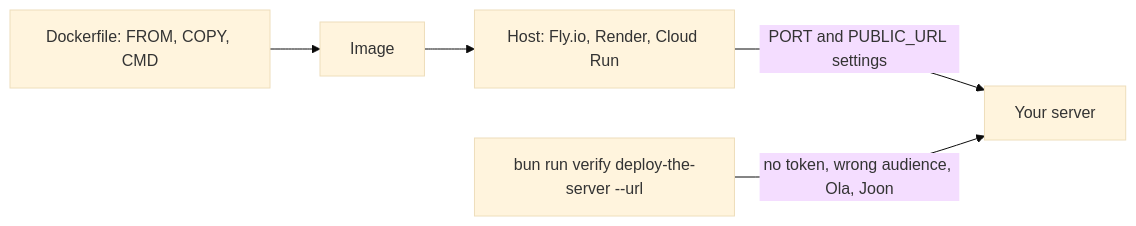
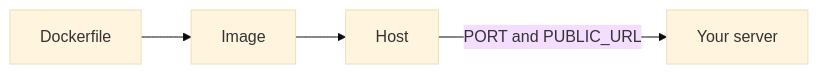
Before and after one commit to learnwithparam/mcp-workshop: the diagram in parts/04-defend-and-ship/03-deploy-the-server/problem/README.md, drawn with Mermaid (base theme). The commit also changed other lines of this file and 153 other files, not shown here.

````diff
--- a/parts/04-defend-and-ship/03-deploy-the-server/problem/README.md
+++ b/parts/04-defend-and-ship/03-deploy-the-server/problem/README.md
@@ -18,7 +7,6 @@
 ```mermaid
 flowchart LR
-  D[Dockerfile: FROM, COPY, CMD] --> I[Image]
-  I --> H[Host: Fly.io, Render, Cloud Run]
-  H -- "PORT and PUBLIC_URL settings" --> S[Your server]
-  C[bun run verify deploy-the-server --url] -- "no token, wrong audience, Ola, Joon" --> S
+  D[Dockerfile] --> I[Image]
+  I --> H[Host]
+  H -- "PORT and PUBLIC_URL" --> S[Your server]
 ```
````
